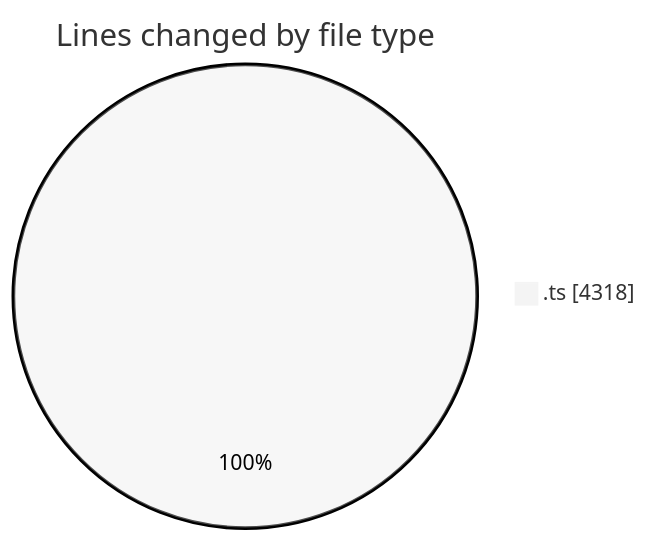
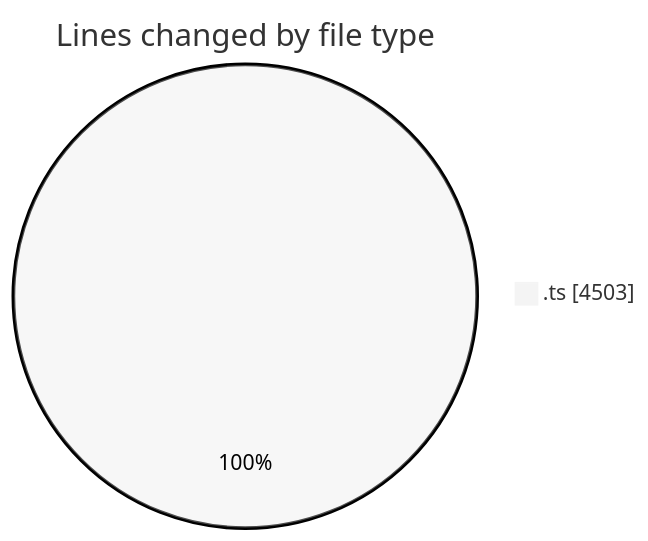
Before and after one commit to momahboobian/code-tracking: the first of 2 diagrams in 2025-08-08/cda/README.md, drawn with Mermaid (neutral theme). The commit also changed other lines of this file and 1 other file, not shown here.

````diff
--- a/2025-08-08/cda/README.md
+++ b/2025-08-08/cda/README.md
@@ -26,5 +26,5 @@
 ```mermaid
 pie showData
 title Lines changed by file type
-".ts" : 4318
+".ts" : 4503
 ```
````
